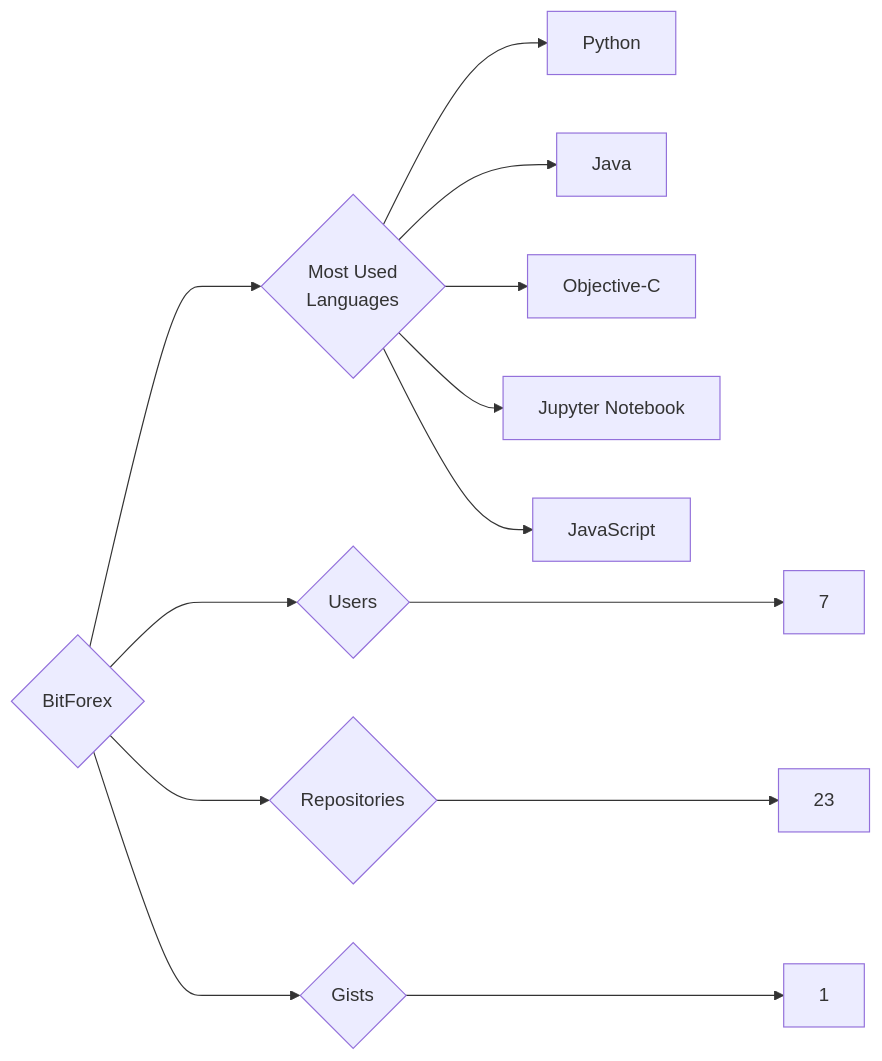
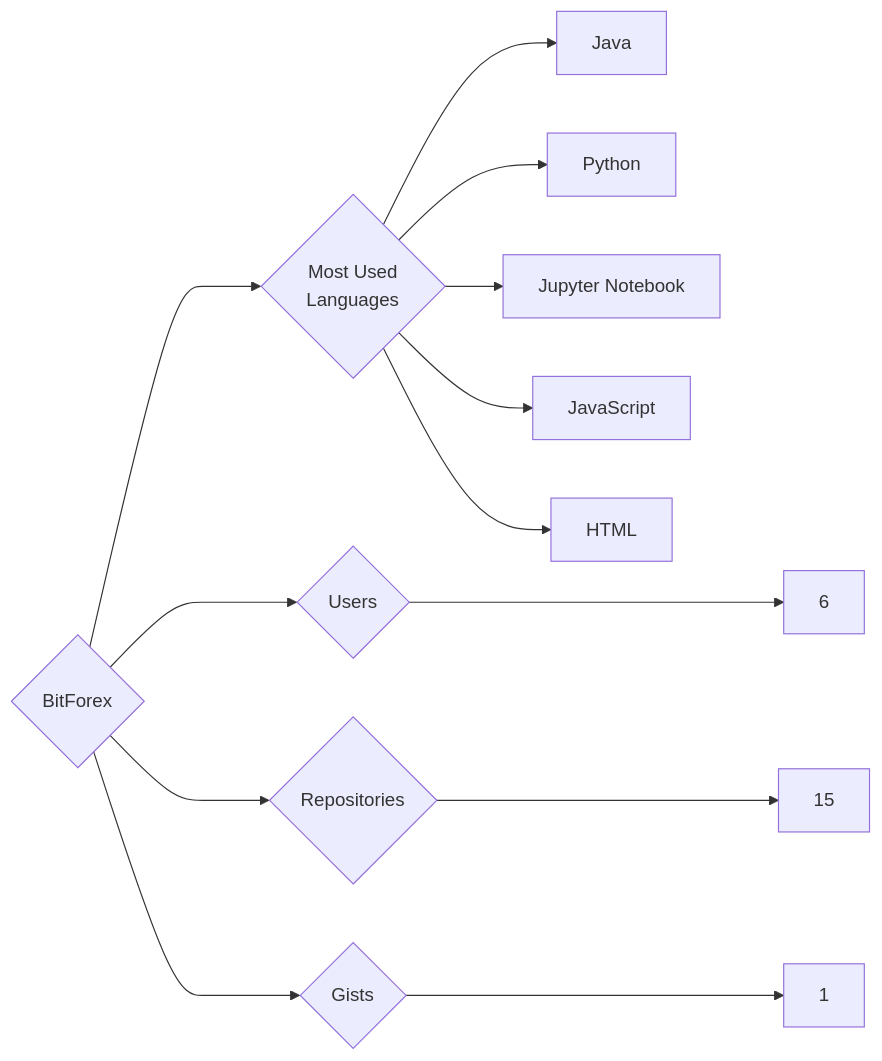
The diagram in targets/BitForex/README.md (trickest/insiders), drawn with Mermaid before and after one commit. The commit also changed 1088 other files, not shown here.

````diff
--- a/targets/BitForex/README.md
+++ b/targets/BitForex/README.md
@@ -3,13 +3,13 @@
 ```mermaid
 graph LR
 COMPANY_NAME{BitForex}
-COMPANY_NAME ---> U{Users} ---> UN[7]
-COMPANY_NAME ---> R{Repositories} ---> RN[23]
+COMPANY_NAME ---> U{Users} ---> UN[6]
+COMPANY_NAME ---> R{Repositories} ---> RN[15]
 COMPANY_NAME ---> G{Gists} ---> GN[1]
 COMPANY_NAME ---> ML{Most Used<br>Languages}
+ML --> Java[Java]
 ML --> Python[Python]
-ML --> Java[Java]
-ML --> Objective-C[Objective-C]
 ML --> Jupyter_Notebook[Jupyter Notebook]
 ML --> JavaScript[JavaScript]
+ML --> HTML[HTML]
 ```
````
